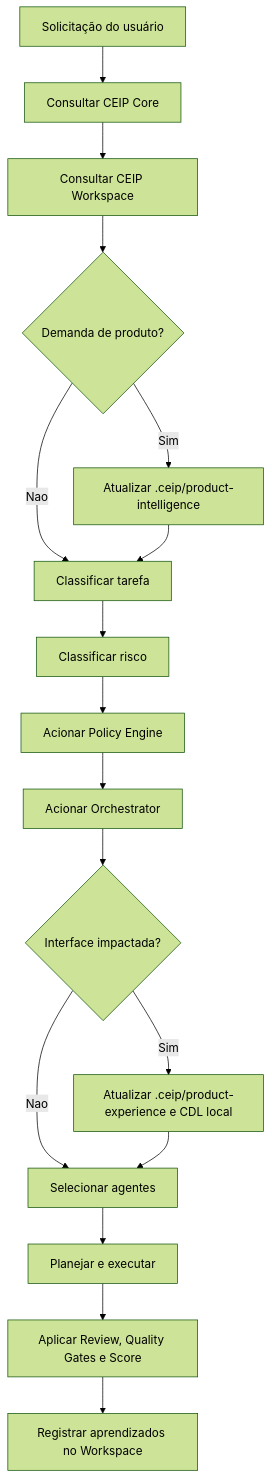
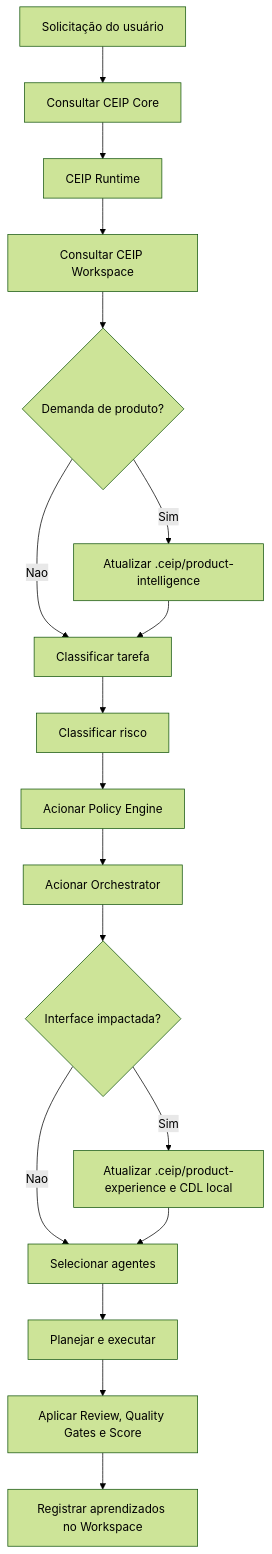
Before and after one commit to thyags/method-ceip: the diagram in workspace/README.md, drawn with Mermaid (forest theme). The commit also changed other lines of this file and 61 other files, not shown here.

Commit message:
Add CEIP runtime release candidate

````diff
--- a/workspace/README.md
+++ b/workspace/README.md
@@ -44,19 +44,20 @@
 ```mermaid
 flowchart TD
     A["Solicitação do usuário"] --> B["Consultar CEIP Core"]
-    B --> C["Consultar CEIP Workspace"]
+    B --> B1["CEIP Runtime"]
+    B1 --> C["Consultar CEIP Workspace"]
     C --> D{"Demanda de produto?"}
     D -->|Sim| E["Atualizar .ceip/product-intelligence"]
     D -->|Nao| F["Classificar tarefa"]
     E --> F
     F --> G["Classificar risco"]
     G --> H["Acionar Policy Engine"]
     H --> I["Acionar Orchestrator"]
     I --> J{"Interface impactada?"}
     J -->|Sim| K["Atualizar .ceip/product-experience e CDL local"]
     J -->|Nao| L["Selecionar agentes"]
     K --> L
     L --> M["Planejar e executar"]
     M --> N["Aplicar Review, Quality Gates e Score"]
     N --> O["Registrar aprendizados no Workspace"]
 ```
````
